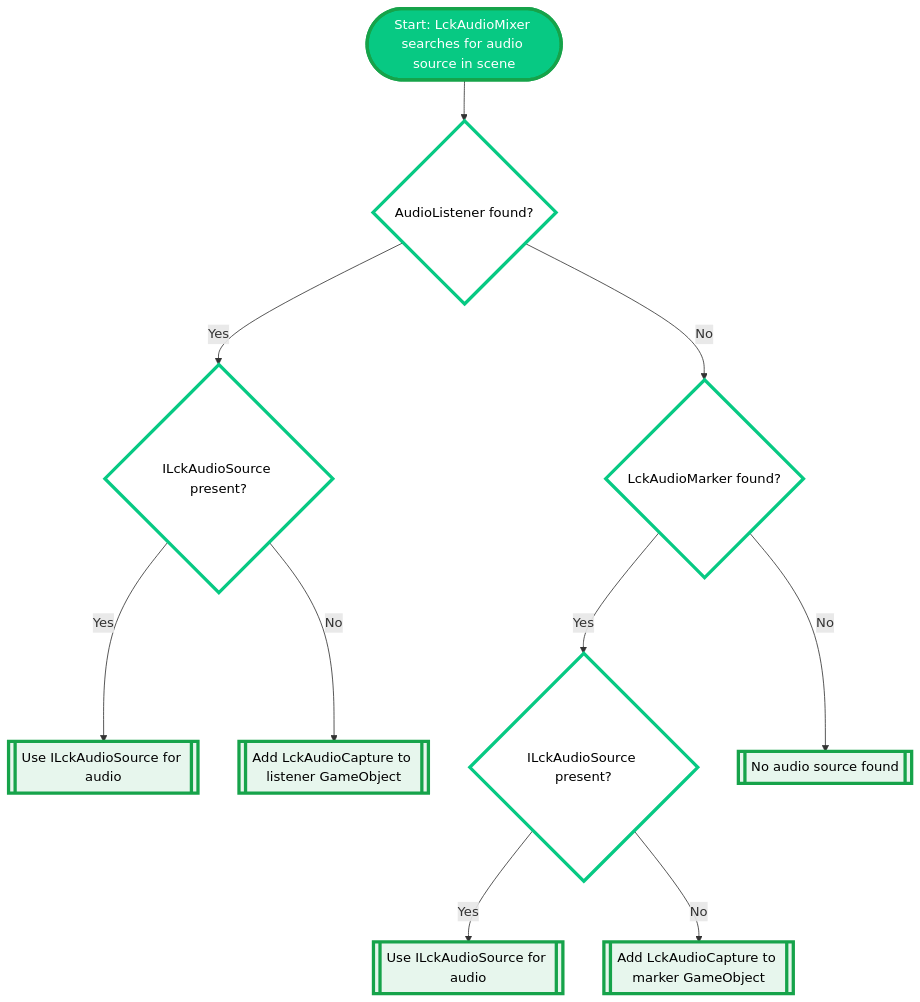
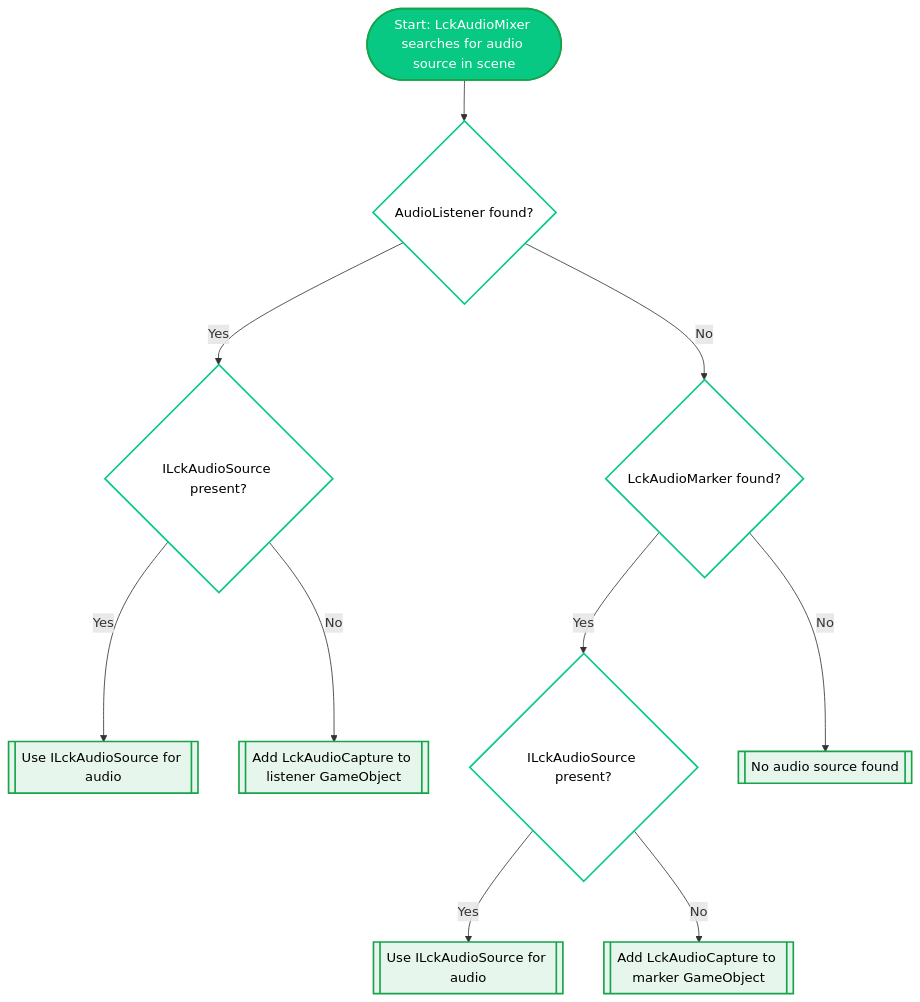
One commit to freydog-liv/docs changed the diagram in customisation/audio.mdx. Above: the diagram before and after it, drawn with Mermaid.

Commit message:
Documentation edits made through Mintlify web editor

````diff
--- a/customisation/audio.mdx
+++ b/customisation/audio.mdx
@@ -13,29 +13,29 @@
 ```mermaid
 flowchart TD
     A([Start: LckAudioMixer searches for audio source in scene]) --> B{AudioListener found?}
 
     B -->|Yes| C{ILckAudioSource present?}
     C -->|Yes| D[[Use ILckAudioSource for audio]]
     C -->|No| E[[Add LckAudioCapture to listener GameObject]]
 
     B -->|No| F{LckAudioMarker found?}
     F -->|Yes| G{ILckAudioSource present?}
     G -->|Yes| H[[Use ILckAudioSource for audio]]
     G -->|No| I[[Add LckAudioCapture to marker GameObject]]
 
     F -->|No| J[[No audio source found]]
 
 
              %% Styling - Rounded nodes
-    style A fill:#07C983,stroke:#16A34A,stroke-width:4px,color:#FFFFFF,rx:15,ry:15
-    style B fill:#FFFFFF,stroke:#07C983,stroke-width:4px,color:#000000,rx:15,ry:15
-    style C fill:#FFFFFF,stroke:#07C983,stroke-width:4px,color:#000000,rx:15,ry:15
-    style F fill:#FFFFFF,stroke:#07C983,stroke-width:4px,color:#000000,rx:15,ry:15
-    style G fill:#FFFFFF,stroke:#07C983,stroke-width:4px,color:#000000,rx:15,ry:15
+    style A fill:#07C983,stroke:#16A34A,stroke-width:2px,color:#FFFFFF,rx:15,ry:15
+    style B fill:#FFFFFF,stroke:#07C983,stroke-width:2px,color:#000000,rx:15,ry:15
+    style C fill:#FFFFFF,stroke:#07C983,stroke-width:2px,color:#000000,rx:15,ry:15
+    style F fill:#FFFFFF,stroke:#07C983,stroke-width:2px,color:#000000,rx:15,ry:15
+    style G fill:#FFFFFF,stroke:#07C983,stroke-width:2px,color:#000000,rx:15,ry:15
 
-    style D fill:#E7F6ED,stroke:#16A34A,stroke-width:4px,color:#000000,rx:15,ry:15
-    style E fill:#E7F6ED,stroke:#16A34A,stroke-width:4px,color:#000000,rx:15,ry:15
-    style H fill:#E7F6ED,stroke:#16A34A,stroke-width:4px,color:#000000,rx:15,ry:15
-    style I fill:#E7F6ED,stroke:#16A34A,stroke-width:4px,color:#000000,rx:15,ry:15
-    style J fill:#E7F6ED,stroke:#16A34A,stroke-width:4px,color:#000000,rx:15,ry:15
+    style D fill:#E7F6ED,stroke:#16A34A,stroke-width:2px,color:#000000,rx:15,ry:15
+    style E fill:#E7F6ED,stroke:#16A34A,stroke-width:2px,color:#000000,rx:15,ry:15
+    style H fill:#E7F6ED,stroke:#16A34A,stroke-width:2px,color:#000000,rx:15,ry:15
+    style I fill:#E7F6ED,stroke:#16A34A,stroke-width:2px,color:#000000,rx:15,ry:15
+    style J fill:#E7F6ED,stroke:#16A34A,stroke-width:2px,color:#000000,rx:15,ry:15
 ```
````
